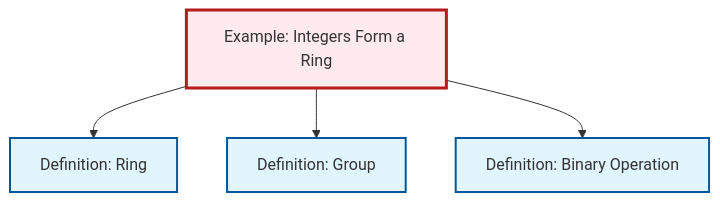
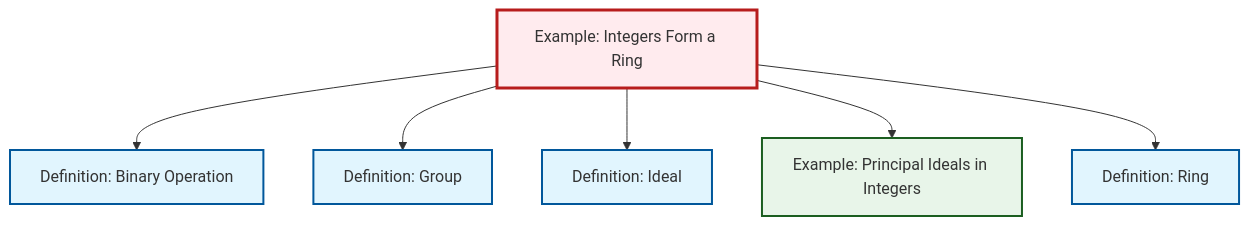
The diagram in content/ja/algebra/ex-integers-ring.qmd (RK0429/ModernMath), drawn with Mermaid before and after one commit. The commit also changed 530 other files, not shown here.

````diff
--- a/content/ja/algebra/ex-integers-ring.qmd
+++ b/content/ja/algebra/ex-integers-ring.qmd
@@ -64,20 +64,26 @@
 ```{mermaid}
 %%| fig-cap: "Local dependency graph"
 graph TD
     classDef definition fill:#e1f5fe,stroke:#01579b,stroke-width:2px
     classDef theorem fill:#f3e5f5,stroke:#4a148c,stroke-width:2px
     classDef axiom fill:#fff3e0,stroke:#e65100,stroke-width:2px
     classDef example fill:#e8f5e9,stroke:#1b5e20,stroke-width:2px
     classDef current fill:#ffebee,stroke:#b71c1c,stroke-width:3px
+    def-ideal["Definition: Ideal"]:::definition
     def-group["Definition: Group"]:::definition
+    def-ring["Definition: Ring"]:::definition
+    ex-principal-ideal["Example: Principal Ideals in Integers"]:::example
     ex-integers-ring["Example: Integers Form a Ring"]:::example
     def-binary-operation["Definition: Binary Operation"]:::definition
-    def-ring["Definition: Ring"]:::definition
+    ex-integers-ring --> def-binary-operation
+    ex-integers-ring --> def-group
+    ex-integers-ring --> def-ideal
+    ex-integers-ring --> ex-principal-ideal
     ex-integers-ring --> def-ring
-    ex-integers-ring --> def-group
-    ex-integers-ring --> def-binary-operation
     class ex-integers-ring current
+    click def-ideal "def-ideal.html" "Definition: Idealへ"
     click def-group "def-group.html" "Definition: Groupへ"
+    click def-ring "def-ring.html" "Definition: Ringへ"
+    click ex-principal-ideal "ex-principal-ideal.html" "Example: Principal Ideals in Integersへ"
     click def-binary-operation "def-binary-operation.html" "Definition: Binary Operationへ"
-    click def-ring "def-ring.html" "Definition: Ringへ"
 ```
````
